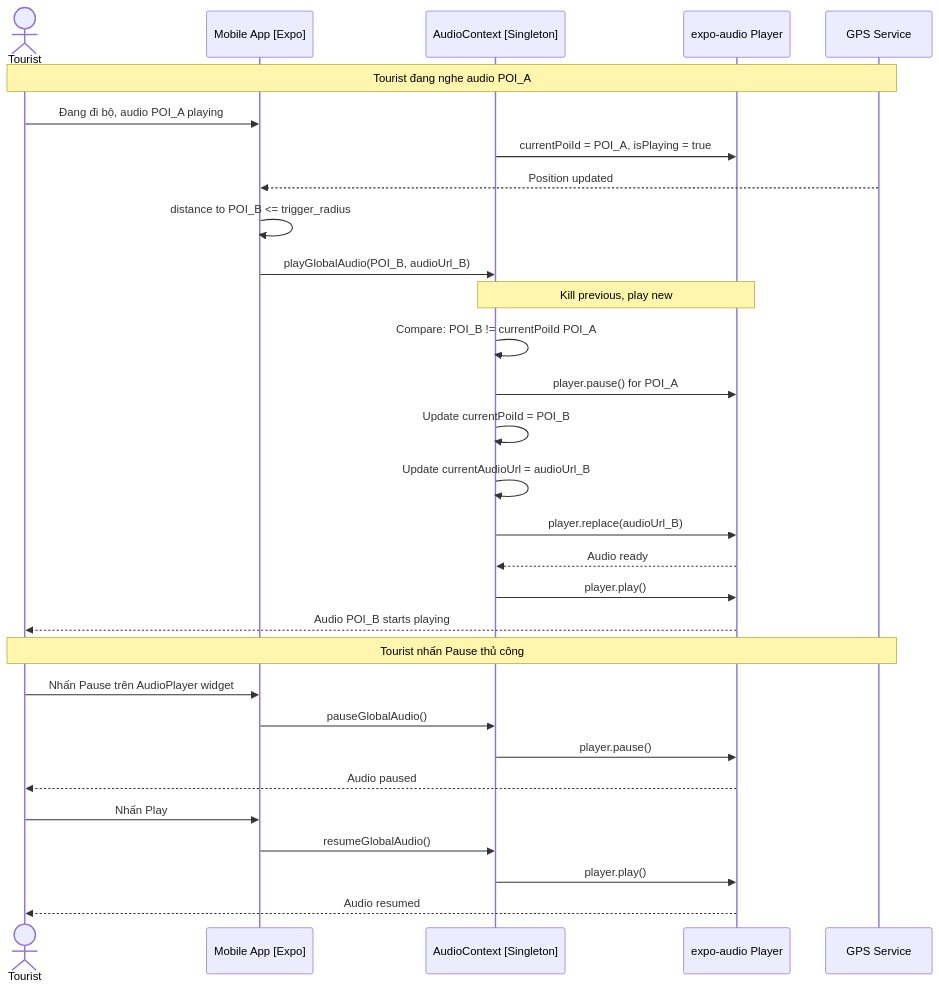
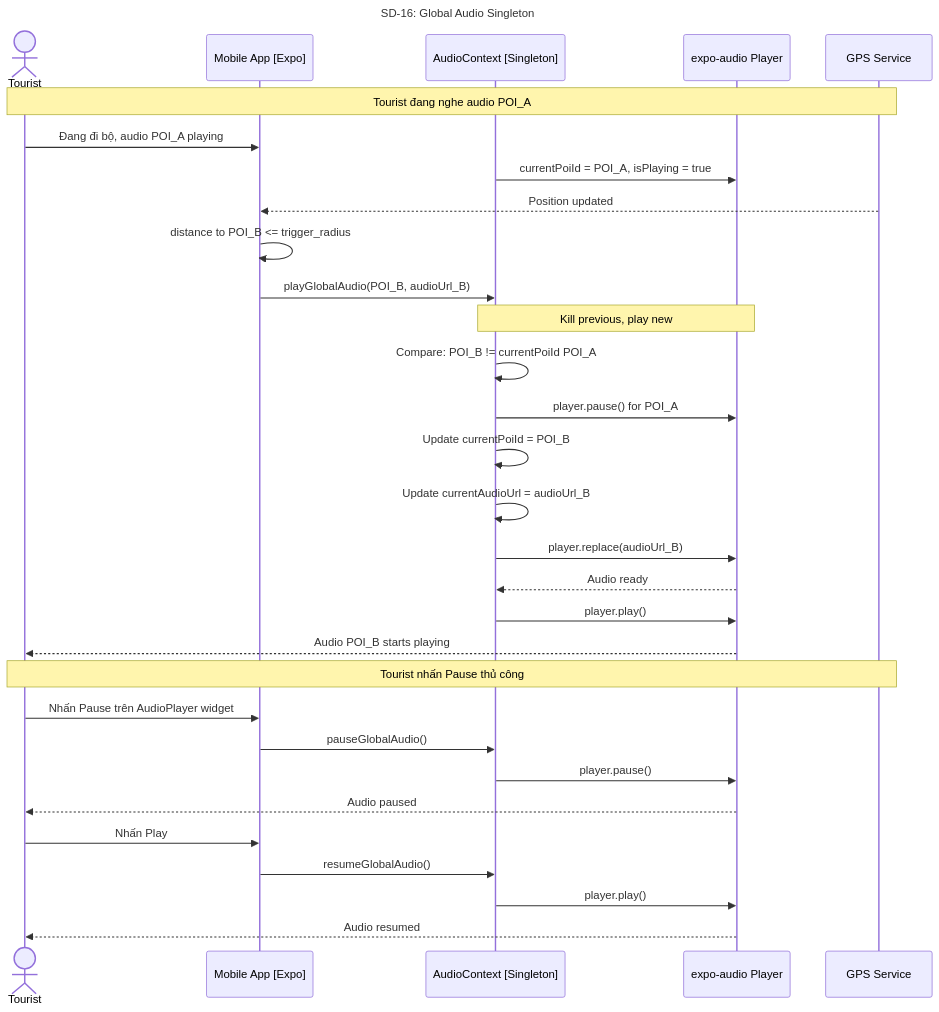
Before and after one commit to Ttuandatt/Seminar: diagram 16 of 17 in docs/step3_prd/15_sequence_diagrams.md, drawn with Mermaid. The commit also changed other lines of this file, not shown here.

Commit message:
docs(sequence): add title labels to all 17 mermaid sequence diagrams for draw.io identification

````diff
--- a/docs/step3_prd/15_sequence_diagrams.md
+++ b/docs/step3_prd/15_sequence_diagrams.md
@@ -774,37 +789,38 @@
 ```mermaid
 sequenceDiagram
+    title SD-16: Global Audio Singleton
     actor Tourist
     participant App as Mobile App [Expo]
     participant Ctx as AudioContext [Singleton]
     participant Player as expo-audio Player
     participant GPS as GPS Service
 
     Note over Tourist, GPS: Tourist đang nghe audio POI_A
     Tourist->>App: Đang đi bộ, audio POI_A playing
     Ctx->>Player: currentPoiId = POI_A, isPlaying = true
 
     GPS-->>App: Position updated
     App->>App: distance to POI_B <= trigger_radius
     App->>Ctx: playGlobalAudio(POI_B, audioUrl_B)
 
     Note over Ctx, Player: Kill previous, play new
     Ctx->>Ctx: Compare: POI_B != currentPoiId POI_A
     Ctx->>Player: player.pause() for POI_A
     Ctx->>Ctx: Update currentPoiId = POI_B
     Ctx->>Ctx: Update currentAudioUrl = audioUrl_B
     Ctx->>Player: player.replace(audioUrl_B)
     Player-->>Ctx: Audio ready
     Ctx->>Player: player.play()
     Player-->>Tourist: Audio POI_B starts playing
 
     Note over Tourist, GPS: Tourist nhấn Pause thủ công
     Tourist->>App: Nhấn Pause trên AudioPlayer widget
     App->>Ctx: pauseGlobalAudio()
     Ctx->>Player: player.pause()
     Player-->>Tourist: Audio paused
 
     Tourist->>App: Nhấn Play
     App->>Ctx: resumeGlobalAudio()
     Ctx->>Player: player.play()
     Player-->>Tourist: Audio resumed
 ```
````
